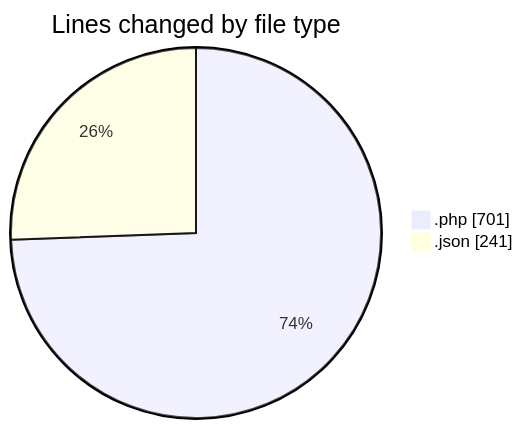
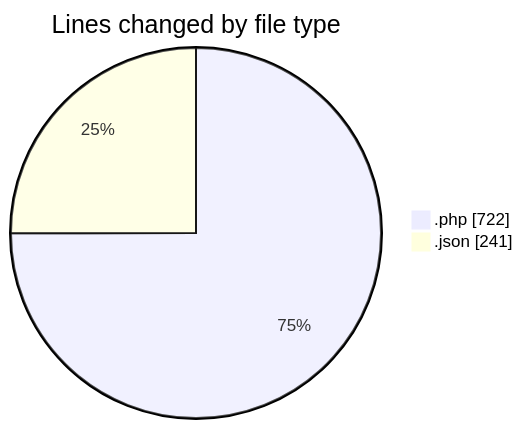
The first of 2 diagrams in 2025-03-30/autodidak/README.md (idhammustaqopulfikri/code-tracking), drawn with Mermaid before and after one commit. The commit also changed other lines of this file and 1 other file, not shown here.

````diff
--- a/2025-03-30/autodidak/README.md
+++ b/2025-03-30/autodidak/README.md
@@ -26,6 +27,6 @@
 ```mermaid
 pie showData
 title Lines changed by file type
-".php" : 701
+".php" : 722
 ".json" : 241
 ```
````
